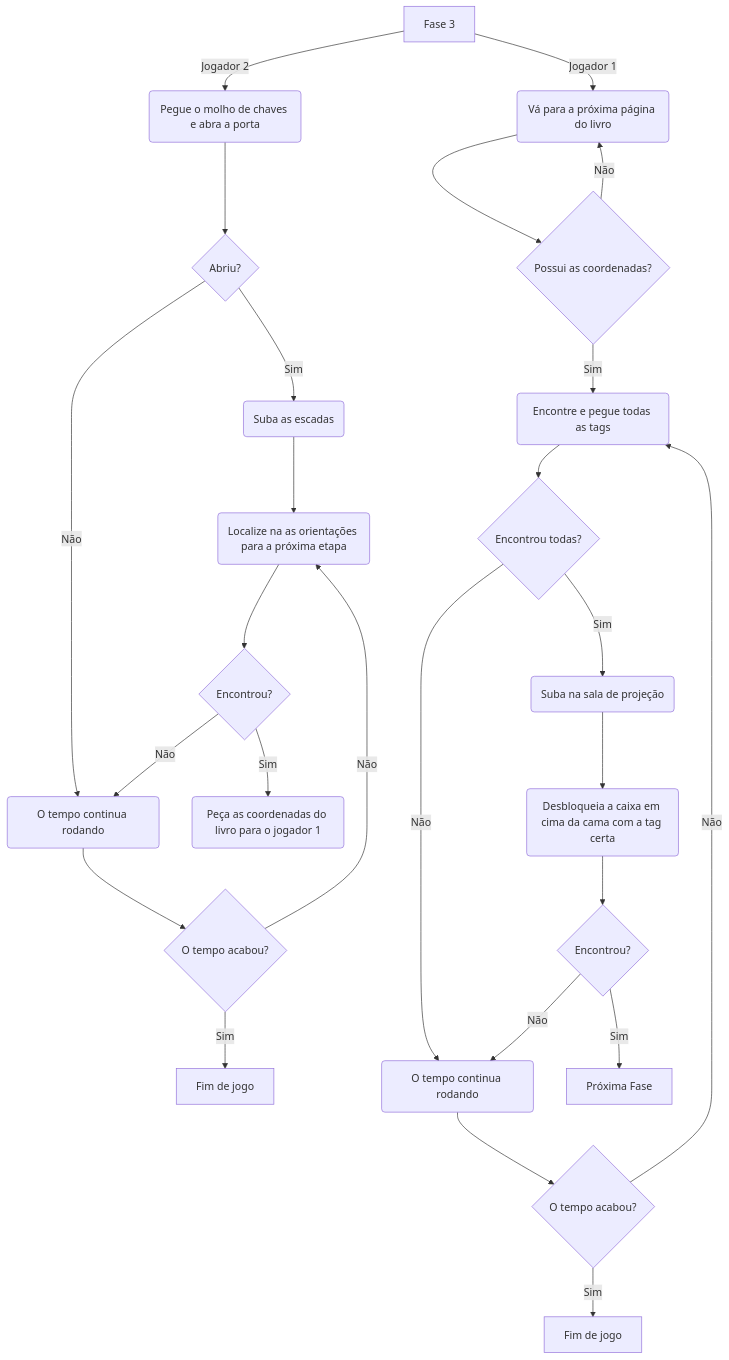
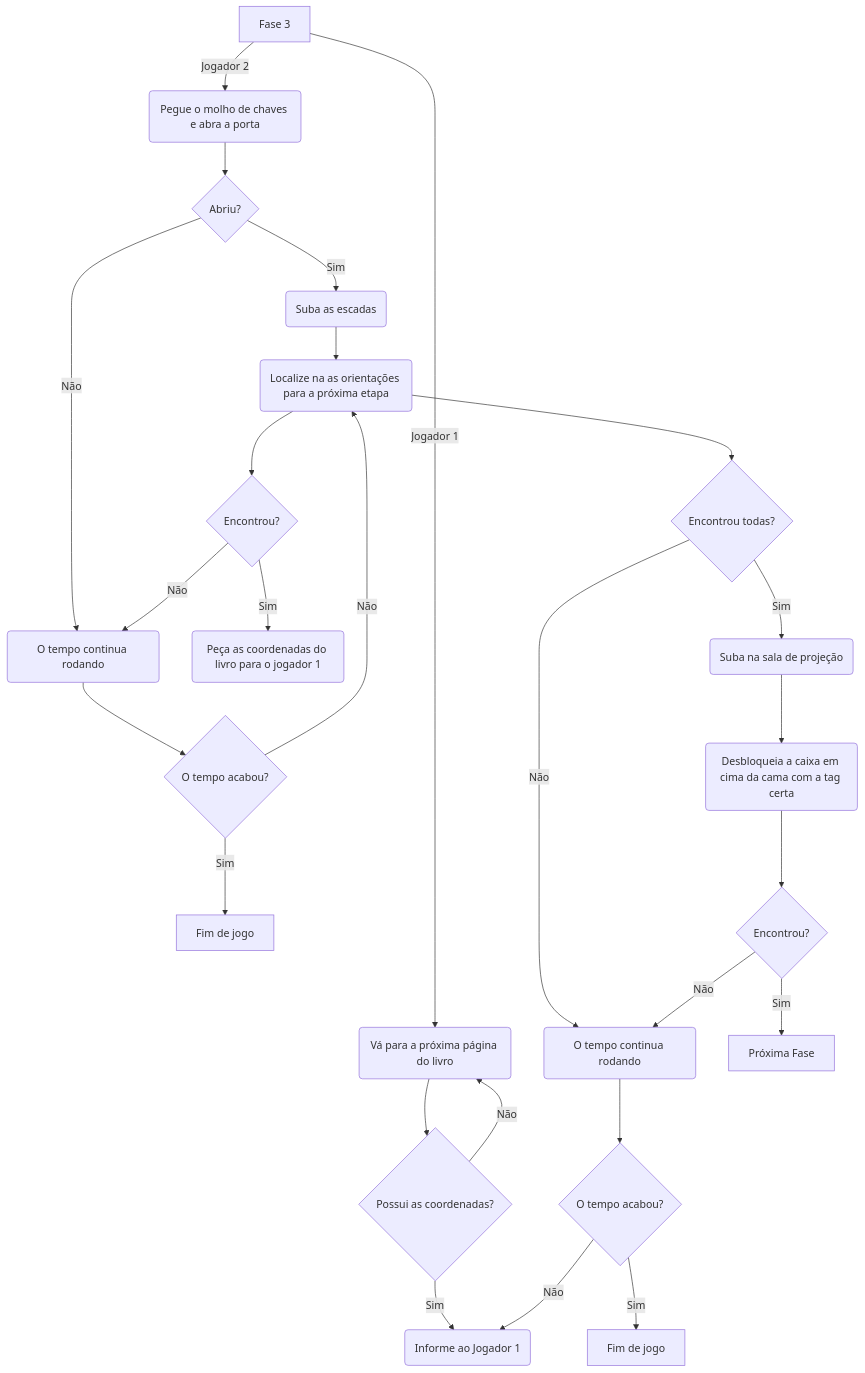
The fourth of 4 diagrams in README.md (DinamicCreative/EscapeRoom), drawn with Mermaid before and after one commit.

````diff
--- a/README.md
+++ b/README.md
@@ -110,38 +110,38 @@
 ```mermaid
 flowchart TD
   AA[Fase 3]
   AA --> |Jogador 1| BB(Vá para a próxima página do livro)
   AA --> |Jogador 2| CC(Pegue o molho de chaves e abra a porta)
   CC --> DD{Abriu?}
  
  DD --> |Sim| EE(Suba as escadas)
 DD --> |Não| HH
 
 
  EE --> JJ(Localize na as orientações para a próxima etapa)
  JJ --> KK{Encontrou?}
  KK --> |Sim| LL(Peça as coordenadas do livro para o jogador 1)
  KK --> |Não| HH(O tempo continua rodando)
   HH --> MM{O tempo acabou?}
   MM --> |Sim| II[Fim de jogo]
   MM --> |Não| JJ
 
 
 BB --> RR{Possui as coordenadas?}
-RR -->  |Sim| SS(Encontre e pegue todas as tags)
+RR -->  |Sim| SS(Informe ao Jogador 1)
 RR -->  |Não| BB
 
-SS --> UU{Encontrou todas?}
+JJ --> UU{Encontrou todas?}
 UU --> |Sim|PP(Suba na sala de projeção)
 UU --> |Não| QQ(O tempo continua rodando)
   QQ --> VV{O tempo acabou?}
   VV --> |Sim| WW[Fim de jogo]
   VV --> |Não| SS
 
 
   PP --> ZZ(Desbloqueia a caixa em cima da cama com a tag certa)
   ZZ --> XX{Encontrou?}
   XX --> |Não|QQ
   XX --> |Sim| OO[Próxima Fase]
 
 ```
````
